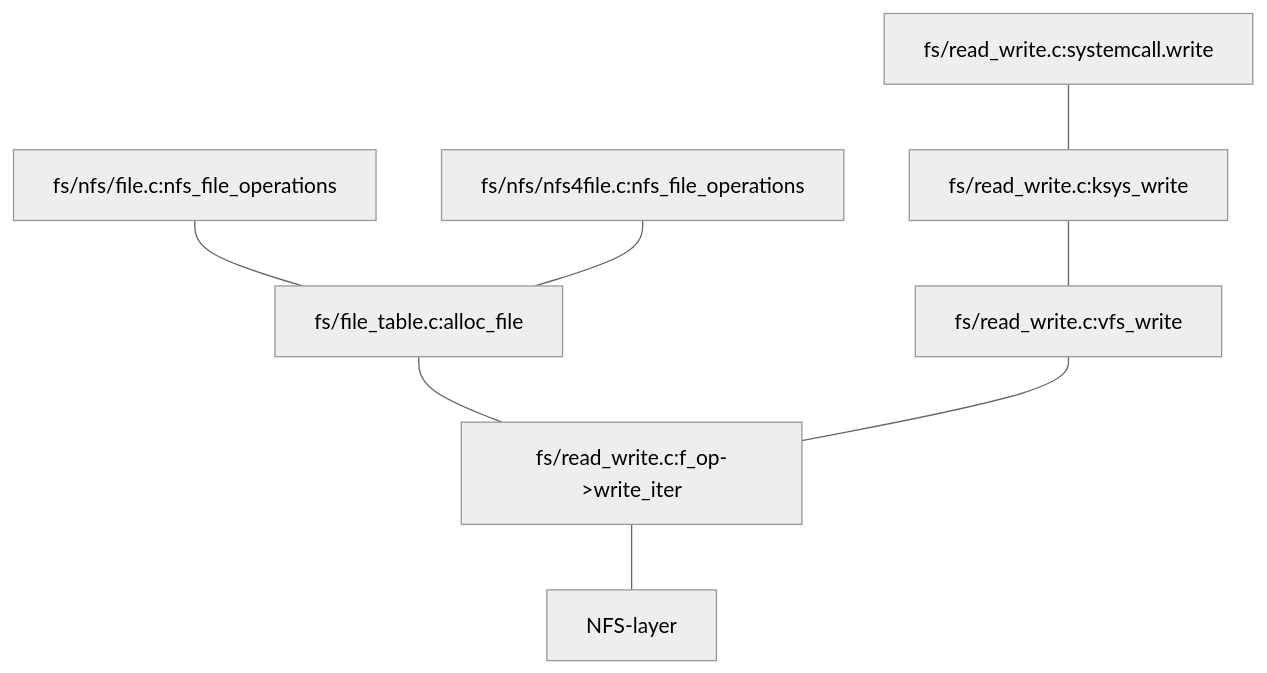
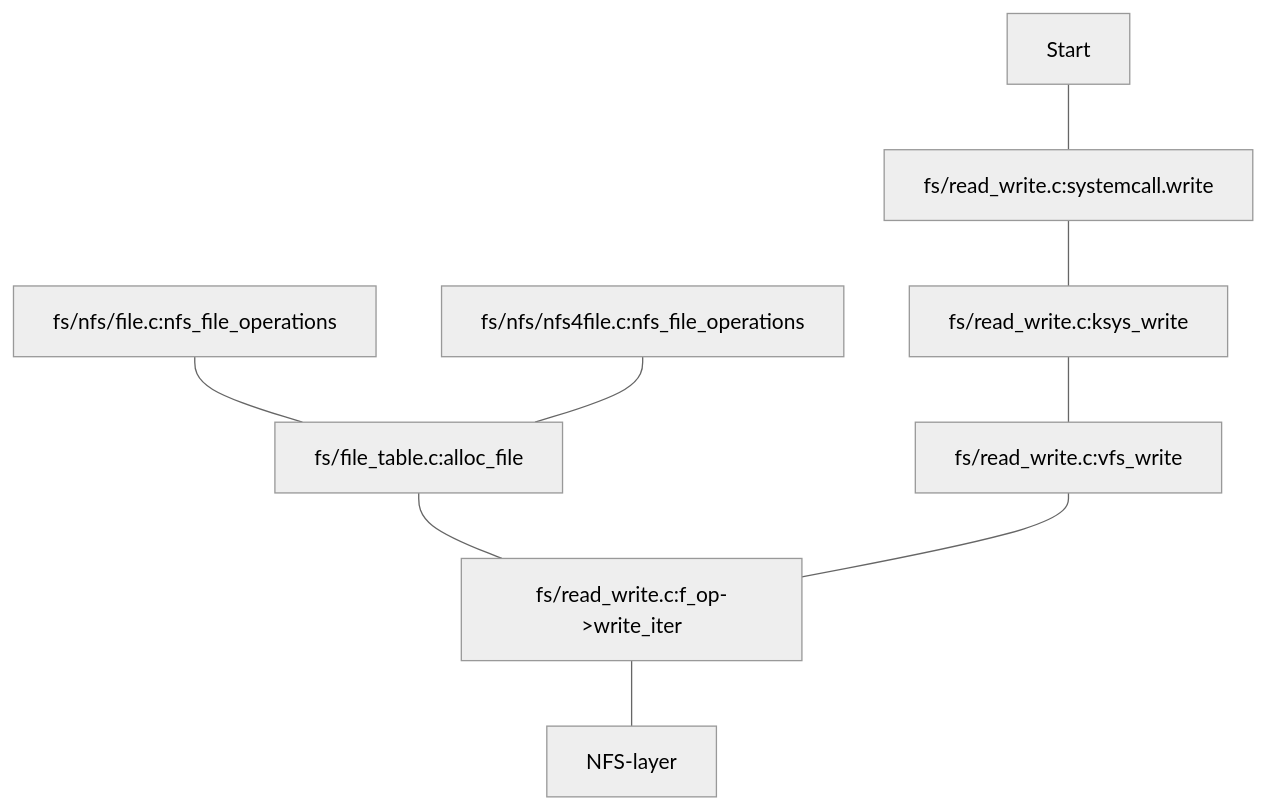
The second of 6 diagrams in bin/SmallTopic/nfsCodePath.md (DeathPoem/little_cave_local_files), drawn with Mermaid (neutral theme) before and after one commit. The commit also changed other lines of this file, not shown here.

````diff
--- a/bin/SmallTopic/nfsCodePath.md
+++ b/bin/SmallTopic/nfsCodePath.md
@@ -36,12 +37,13 @@
 ```mermaid
 graph TD
   %% Set edges to be curved (try monotoneX for a nice alternative)
   linkStyle default interpolate basis
+  Start --- S1
   S1[fs/read_write.c:systemcall.write] --- S2[fs/read_write.c:ksys_write]
   S2 --- S3[fs/read_write.c:vfs_write]
   S5[fs/file_table.c:alloc_file] --- S8[fs/read_write.c:f_op->write_iter]
   S6[fs/nfs/file.c:nfs_file_operations] --- S5
   S7[fs/nfs/nfs4file.c:nfs_file_operations] --- S5
   S3 --- S8
   S8 --- VFS0[NFS-layer]
 ```
````
